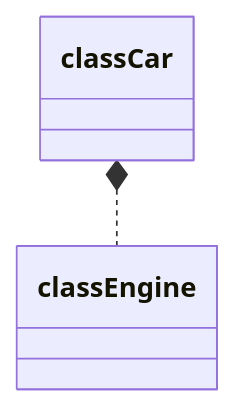
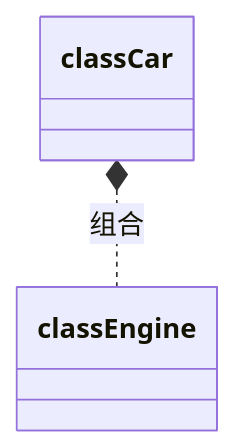
One commit to limingzhang666/limingzhang666.github.io changed the sixth of 6 diagrams in source/_posts/设计模式之禅-1-类图.md. Above: the diagram before and after it, drawn with Mermaid.

````diff
--- a/source/_posts/设计模式之禅-1-类图.md
+++ b/source/_posts/设计模式之禅-1-类图.md
@@ -129,4 +129,4 @@
 ```mermaid
 classDiagram
-classCar *.. classEngine
+classCar *.. classEngine :组合
 ```
````
